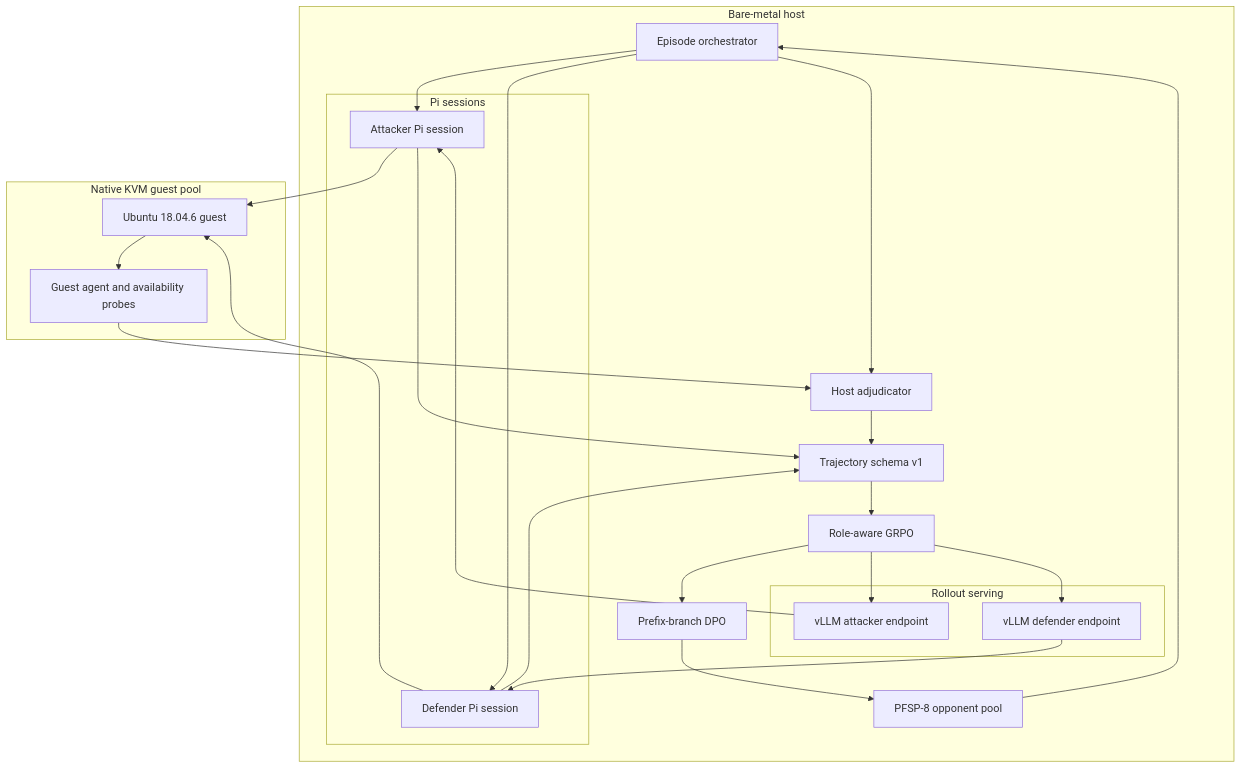
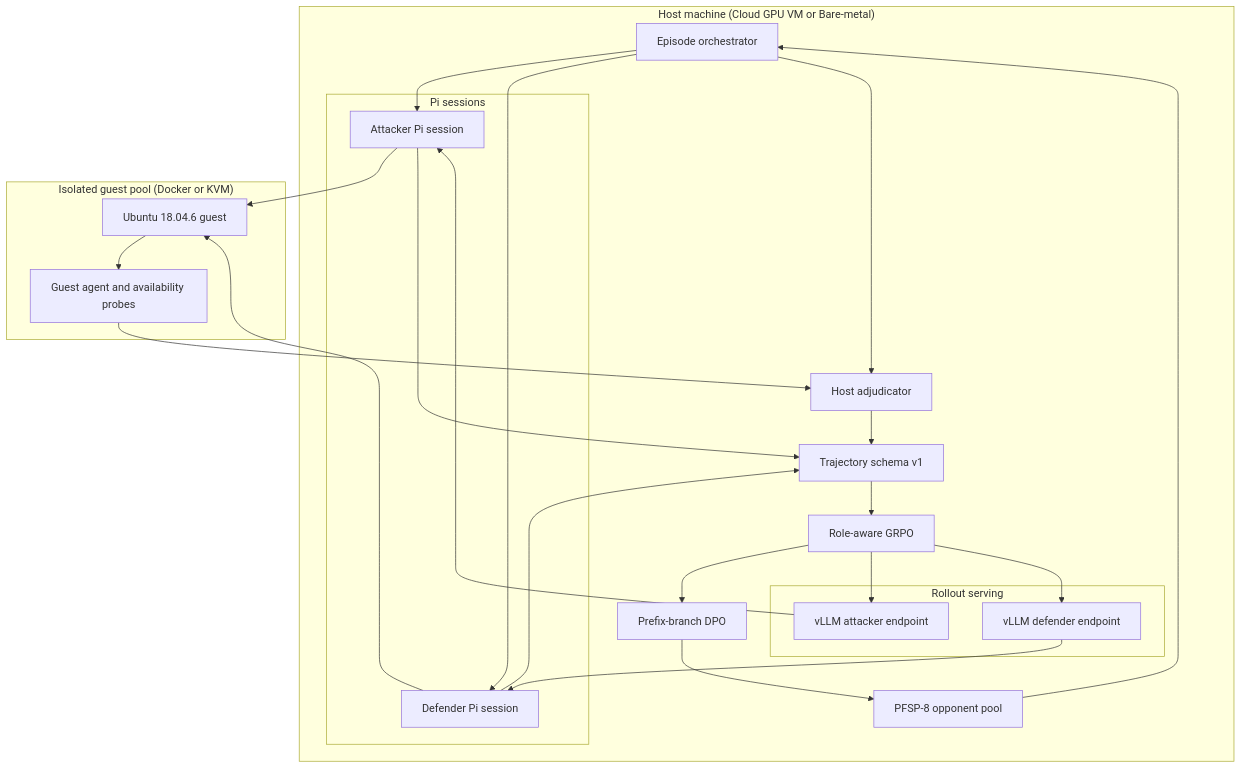
One commit to ghandhitechnology/Ultron changed the second of 2 diagrams in README.ko.md. Above: the diagram before and after it, drawn with Mermaid. The commit also changed other lines of this file and 2 other files, not shown here.

````diff
--- a/README.ko.md
+++ b/README.ko.md
@@ -95,43 +95,43 @@
 ```mermaid
 flowchart TB
-  subgraph hostBm["Bare-metal host"]
+  subgraph hostBm["Host machine (Cloud GPU VM or Bare-metal)"]
     orchestrator["Episode orchestrator"]
     opponentPool["PFSP-8 opponent pool"]
     subgraph rolloutServing["Rollout serving"]
       attackerVllm["vLLM attacker endpoint"]
       defenderVllm["vLLM defender endpoint"]
     end
     subgraph piSessions["Pi sessions"]
       attackerPi["Attacker Pi session"]
       defenderPi["Defender Pi session"]
     end
     adjudicator["Host adjudicator"]
     schemaV1["Trajectory schema v1"]
     grpoTrainer["Role-aware GRPO"]
     dpoTrainer["Prefix-branch DPO"]
   end
 
-  subgraph guestPool["Native KVM guest pool"]
+  subgraph guestPool["Isolated guest pool (Docker or KVM)"]
     guest["Ubuntu 18.04.6 guest"]
     guestAgent["Guest agent and availability probes"]
   end
 
   opponentPool --> orchestrator
   orchestrator --> attackerPi
   orchestrator --> defenderPi
   attackerVllm --> attackerPi
   defenderVllm --> defenderPi
   attackerPi --> guest
   defenderPi --> guest
   guest --> guestAgent
   guestAgent --> adjudicator
   orchestrator --> adjudicator
   attackerPi --> schemaV1
   defenderPi --> schemaV1
   adjudicator --> schemaV1
   schemaV1 --> grpoTrainer
   grpoTrainer --> dpoTrainer
   dpoTrainer --> opponentPool
   grpoTrainer --> attackerVllm
   grpoTrainer --> defenderVllm
 ```
````
